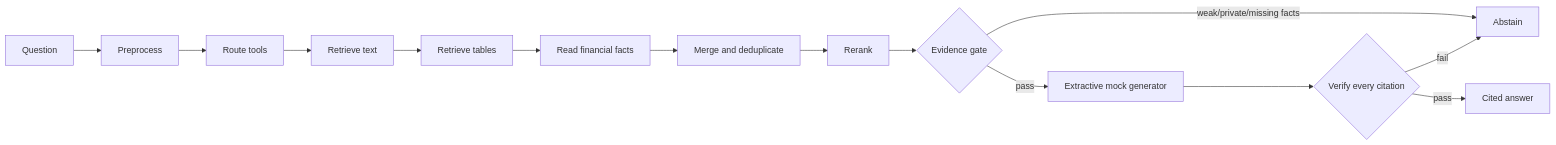
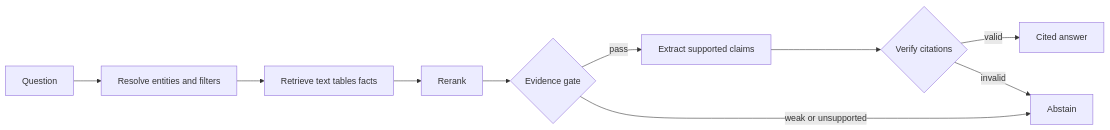
Before and after one commit to kenchengkc/the-financial-document-retrieval-engine: the second of 2 diagrams in README.md, drawn with Mermaid. The commit also changed other lines of this file and 12 other files, not shown here.

````diff
--- a/README.md
+++ b/README.md
@@ -129,16 +61,12 @@
 ```mermaid
 flowchart LR
-  q[Question] --> p[Preprocess]
-  p --> r[Route tools]
-  r --> text[Retrieve text]
-  text --> tables[Retrieve tables]
-  tables --> facts[Read financial facts]
-  facts --> merge[Merge and deduplicate]
-  merge --> rank[Rerank]
-  rank --> gate{Evidence gate}
-  gate -->|weak/private/missing facts| abstain[Abstain]
-  gate -->|pass| generate[Extractive mock generator]
-  generate --> verify{Verify every citation}
-  verify -->|fail| abstain
-  verify -->|pass| answer[Cited answer]
+  q[Question] --> resolve[Resolve entities and filters]
+  resolve --> retrieve[Retrieve text tables facts]
+  retrieve --> rerank[Rerank]
+  rerank --> gate{Evidence gate}
+  gate -->|pass| extract[Extract supported claims]
+  gate -->|weak or unsupported| abstain[Abstain]
+  extract --> cite{Verify citations}
+  cite -->|valid| answer[Cited answer]
+  cite -->|invalid| abstain
 ```
````
